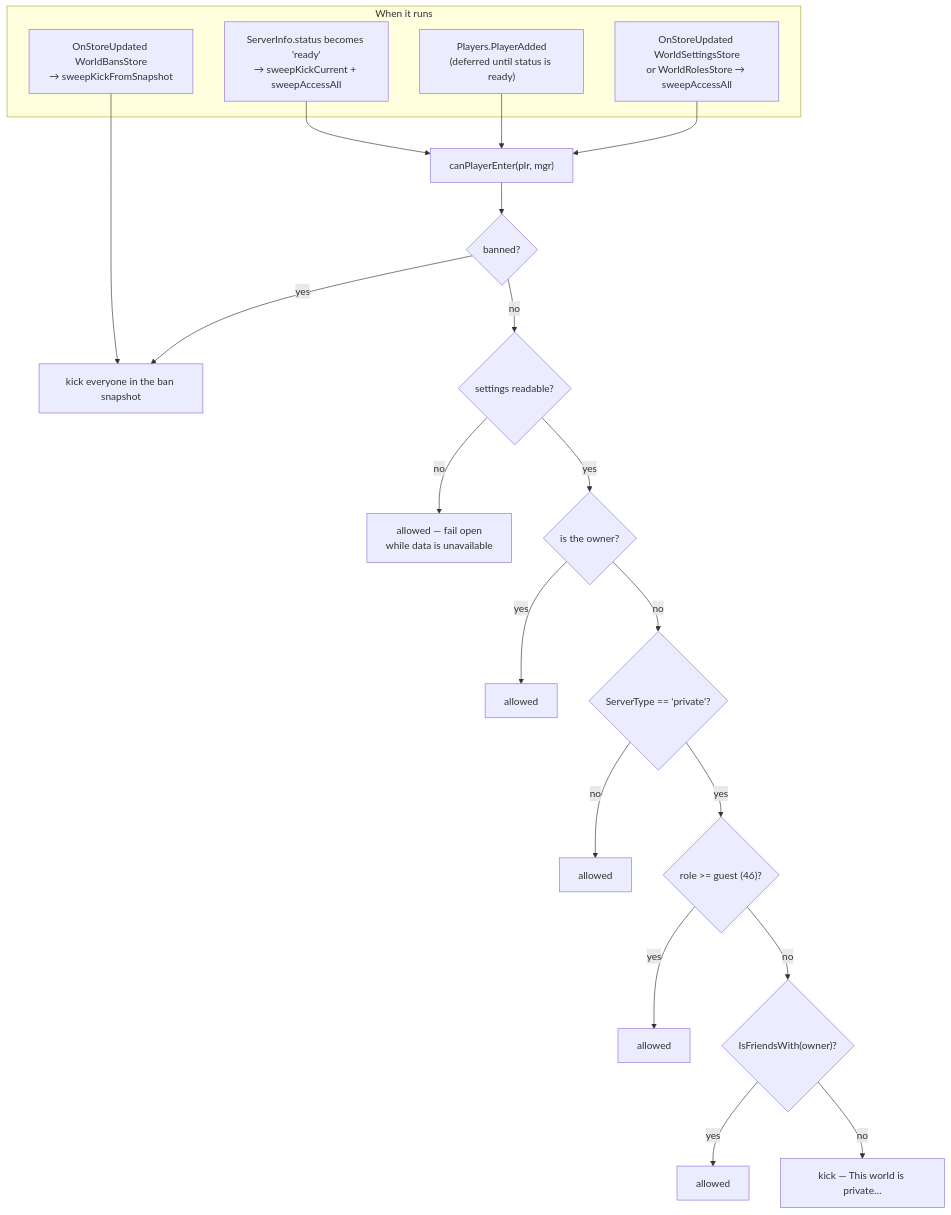
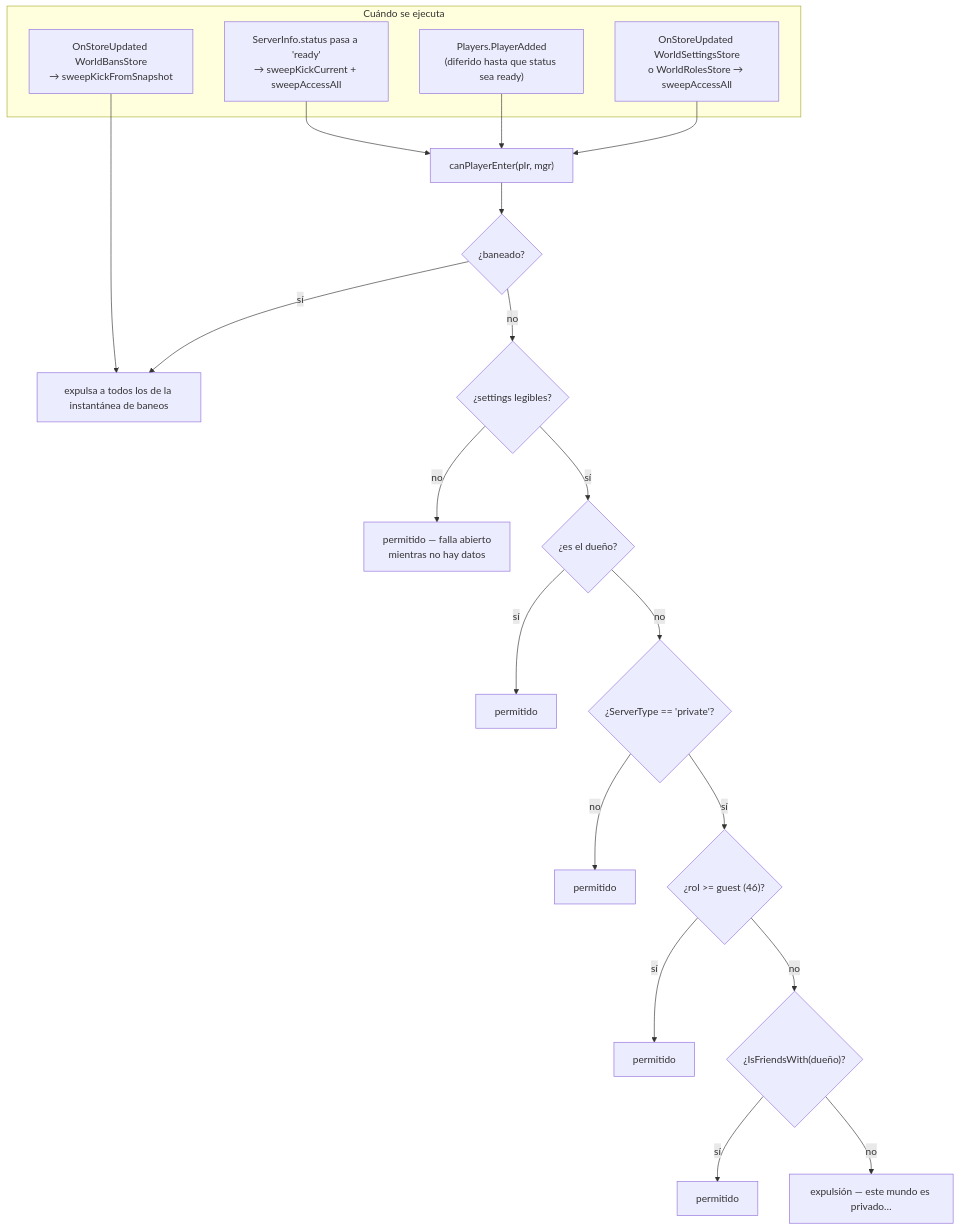
The second of 2 diagrams in docs/systems/housing/permissions.md (Arclyne/voz-hispana), drawn with Mermaid before and after one commit. The commit also changed other lines of this file and 6 other files, not shown here.

````diff
--- a/docs/systems/housing/permissions.md
+++ b/docs/systems/housing/permissions.md
@@ -88,28 +91,28 @@
 ```mermaid
 flowchart TD
-    subgraph TRIGGERS["When it runs"]
-        T1["ServerInfo.status becomes 'ready'<br/>→ sweepKickCurrent + sweepAccessAll"]
-        T2["Players.PlayerAdded<br/>(deferred until status is ready)"]
+    subgraph TRIGGERS["Cuándo se ejecuta"]
+        T1["ServerInfo.status pasa a 'ready'<br/>→ sweepKickCurrent + sweepAccessAll"]
+        T2["Players.PlayerAdded<br/>(diferido hasta que status sea ready)"]
         T3["OnStoreUpdated WorldBansStore<br/>→ sweepKickFromSnapshot"]
-        T4["OnStoreUpdated WorldSettingsStore<br/>or WorldRolesStore → sweepAccessAll"]
+        T4["OnStoreUpdated WorldSettingsStore<br/>o WorldRolesStore → sweepAccessAll"]
     end
 
     T1 --> C["canPlayerEnter(plr, mgr)"]
     T2 --> C
     T4 --> C
-    T3 --> K["kick everyone in the ban snapshot"]
+    T3 --> K["expulsa a todos los de la instantánea de baneos"]
 
-    C --> D{"banned?"}
-    D -- yes --> K
-    D -- no --> E{"settings readable?"}
-    E -- no --> OK0["allowed — fail open<br/>while data is unavailable"]
-    E -- yes --> F{"is the owner?"}
-    F -- yes --> OK1["allowed"]
-    F -- no --> G{"ServerType == 'private'?"}
-    G -- no --> OK2["allowed"]
-    G -- yes --> H{"role >= guest (46)?"}
-    H -- yes --> OK3["allowed"]
-    H -- no --> I{"IsFriendsWith(owner)?"}
-    I -- yes --> OK4["allowed"]
-    I -- no --> KICK["kick — This world is private…"]
+    C --> D{"¿baneado?"}
+    D -- sí --> K
+    D -- no --> E{"¿settings legibles?"}
+    E -- no --> OK0["permitido — falla abierto<br/>mientras no hay datos"]
+    E -- sí --> F{"¿es el dueño?"}
+    F -- sí --> OK1["permitido"]
+    F -- no --> G{"¿ServerType == 'private'?"}
+    G -- no --> OK2["permitido"]
+    G -- sí --> H{"¿rol >= guest (46)?"}
+    H -- sí --> OK3["permitido"]
+    H -- no --> I{"¿IsFriendsWith(dueño)?"}
+    I -- sí --> OK4["permitido"]
+    I -- no --> KICK["expulsión — este mundo es privado…"]
 ```
````
